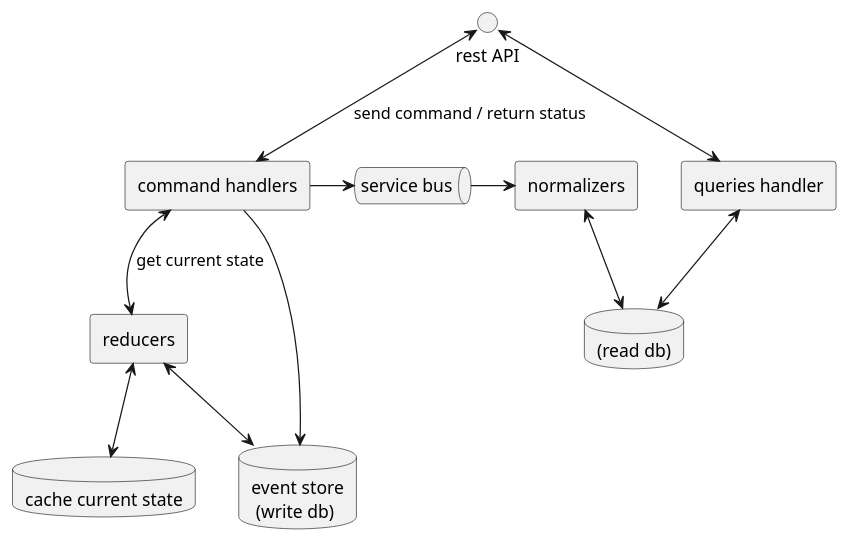
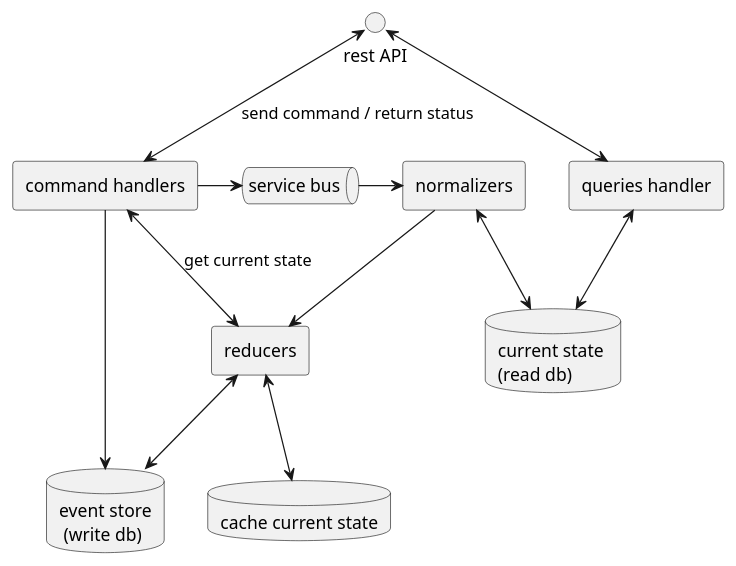
The diagram in apis/trip-api/test-uml.wsd (truongngoctuan/tripbffserver), drawn with PlantUML before and after one commit.

Commit message:
update uml

```diff
--- a/apis/trip-api/test-uml.wsd
+++ b/apis/trip-api/test-uml.wsd
@@ -1,24 +1,26 @@
 @startuml
 interface "rest API" as tripapi
 rectangle "command handlers" as command
 rectangle reducers as reducers
 queue "service bus" as ServiceBus
 rectangle "normalizers" as Normalizer
 rectangle "queries handler" as Query
 
 database "cache current state" as CurrentStateDb
 database "event store\n (write db)" as EventStoreDb
-database "(read db)" as ReadDb
+database "current state \n(read db)" as ReadDb
 tripapi <-down-> command: send command / return status
 tripapi <--> Query
 command <--> reducers: get current state
 reducers <--> CurrentStateDb
 reducers <--> EventStoreDb
+' reducers <--> ReadDb
 
 command --> EventStoreDb
 command -right-> ServiceBus
 ServiceBus -right-> Normalizer
 Normalizer <--> ReadDb
+Normalizer --> reducers
 Query <--> ReadDb
 
 @enduml
```
